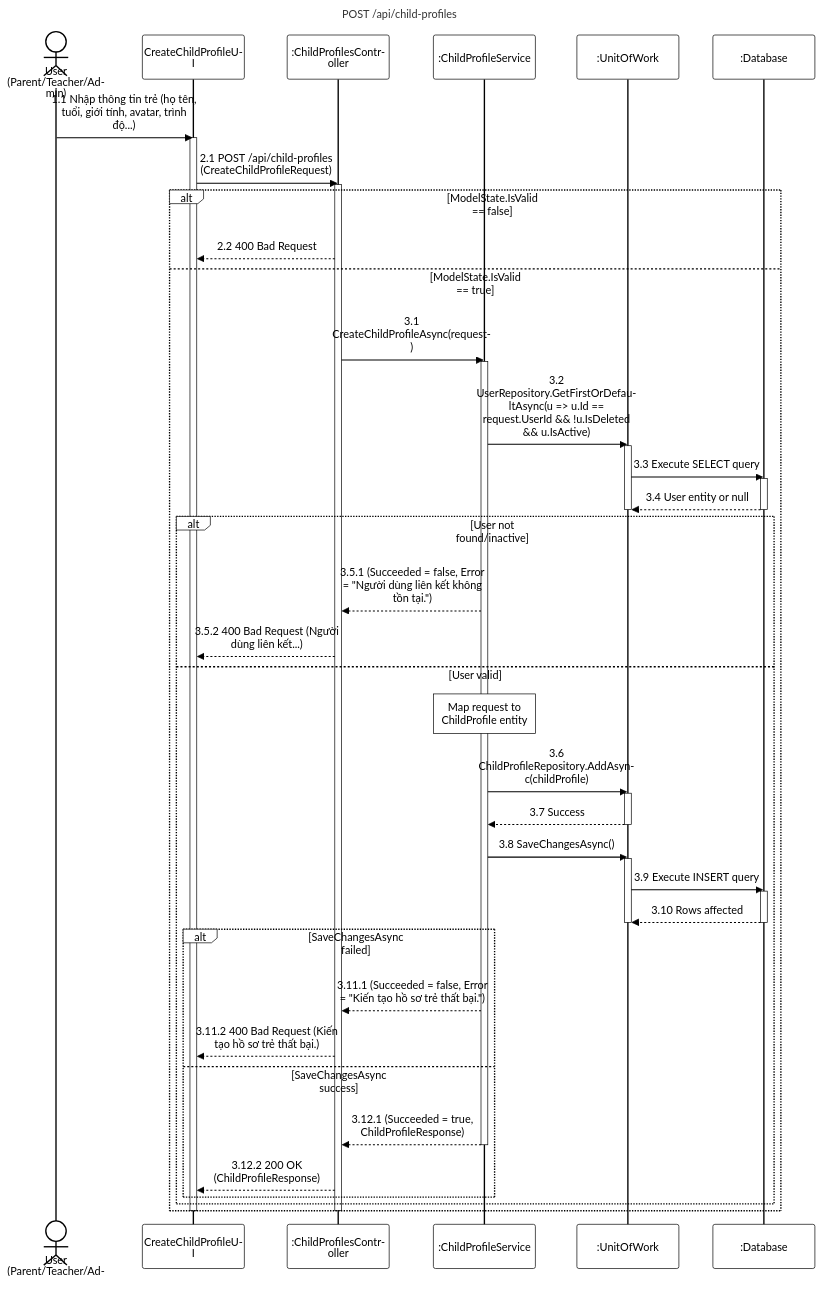
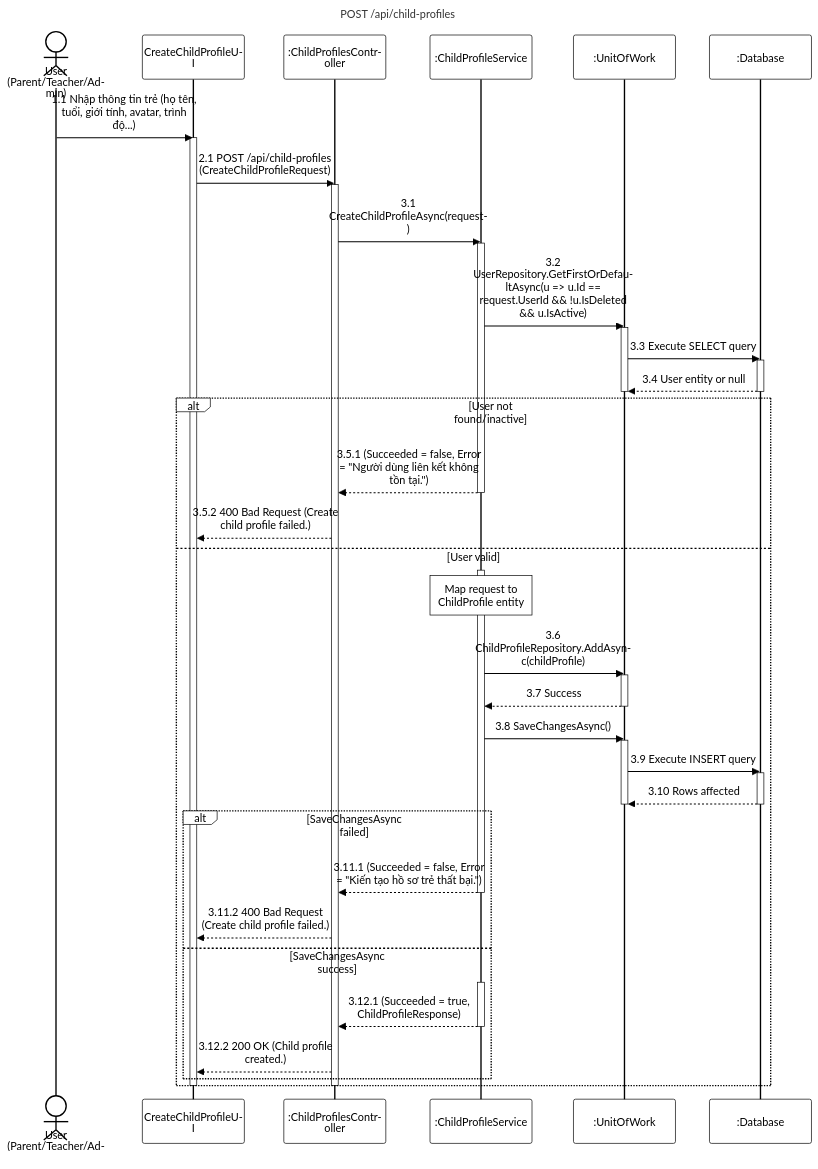
One commit to PhucAnDev/docx-diagram changed the diagram in 06-child-profile-enrollment/sequence-diagram/apis/create-child-profile.mmd. Above: the diagram before and after it, drawn with Mermaid. The commit also changed 5 other files, not shown here.

Commit message:
fix: update create-child-profile.mmd, update-child-profile.mmd, and get-my-children-profiles.mmd with correct actors, error messages, and activations

```diff
--- a/06-child-profile-enrollment/sequence-diagram/apis/create-child-profile.mmd
+++ b/06-child-profile-enrollment/sequence-diagram/apis/create-child-profile.mmd
@@ -1,60 +1,60 @@
 %%{init: {'theme':'base', 'themeVariables': {'actorBkg':'#ffffff','actorBorder':'#000000','actorTextColor':'#000000','actorLineColor':'#000000','signalColor':'#000000','signalTextColor':'#000000','labelBoxBkgColor':'#ffffff','labelBoxBorderColor':'#000000','labelTextColor':'#000000','loopTextColor':'#000000','noteBkgColor':'#ffffff','noteBorderColor':'#000000','noteTextColor':'#000000','activationBorderColor':'#000000','activationBkgColor':'#ffffff','sequenceNumberColor':'#000000'}, 'sequence': {'width':150,'height':65,'actorFontSize':16,'messageFontSize':16,'wrap':true,'wrapPadding':10}}}%%
 sequenceDiagram
     title POST /api/child-profiles
     actor User as User (Parent/Teacher/Admin)
     participant UI as CreateChildProfileUI
     participant Endpoint as :ChildProfilesController
     participant Service as :ChildProfileService
     participant DB as :UnitOfWork
     participant Database as :Database
 
     User->>UI: 1.1 Nhập thông tin trẻ (họ tên, tuổi, giới tính, avatar, trình độ...)
     activate UI
     UI->>Endpoint: 2.1 POST /api/child-profiles (CreateChildProfileRequest)
     activate Endpoint
 
-    alt ModelState.IsValid == false
-        Endpoint-->>UI: 2.2 400 Bad Request
-    else ModelState.IsValid == true
-        Endpoint->>Service: 3.1 CreateChildProfileAsync(request)
+    Endpoint->>Service: 3.1 CreateChildProfileAsync(request)
+    activate Service
+
+    Service->>DB: 3.2 UserRepository.GetFirstOrDefaultAsync(u => u.Id == request.UserId && !u.IsDeleted && u.IsActive)
+    activate DB
+    DB->>Database: 3.3 Execute SELECT query
+    activate Database
+    Database-->>DB: 3.4 User entity or null
+    deactivate Database
+    deactivate DB
+
+    alt User not found/inactive
+        Service-->>Endpoint: 3.5.1 (Succeeded = false, Error = "Người dùng liên kết không tồn tại.")
+        deactivate Service
+        Endpoint-->>UI: 3.5.2 400 Bad Request (Create child profile failed.)
+    else User valid
         activate Service
+        note over Service: Map request to ChildProfile entity
+        
+        Service->>DB: 3.6 ChildProfileRepository.AddAsync(childProfile)
+        activate DB
+        DB-->>Service: 3.7 Success
+        deactivate DB
 
-        Service->>DB: 3.2 UserRepository.GetFirstOrDefaultAsync(u => u.Id == request.UserId && !u.IsDeleted && u.IsActive)
+        Service->>DB: 3.8 SaveChangesAsync()
         activate DB
-        DB->>Database: 3.3 Execute SELECT query
+        DB->>Database: 3.9 Execute INSERT query
         activate Database
-        Database-->>DB: 3.4 User entity or null
+        Database-->>DB: 3.10 Rows affected
         deactivate Database
         deactivate DB
 
-        alt User not found/inactive
-            Service-->>Endpoint: 3.5.1 (Succeeded = false, Error = "Người dùng liên kết không tồn tại.")
-            Endpoint-->>UI: 3.5.2 400 Bad Request (Người dùng liên kết...)
-        else User valid
-            note over Service: Map request to ChildProfile entity
-            
-            Service->>DB: 3.6 ChildProfileRepository.AddAsync(childProfile)
-            activate DB
-            DB-->>Service: 3.7 Success
-            deactivate DB
-
-            Service->>DB: 3.8 SaveChangesAsync()
-            activate DB
-            DB->>Database: 3.9 Execute INSERT query
-            activate Database
-            Database-->>DB: 3.10 Rows affected
-            deactivate Database
-            deactivate DB
-
-            alt SaveChangesAsync failed
-                Service-->>Endpoint: 3.11.1 (Succeeded = false, Error = "Kiến tạo hồ sơ trẻ thất bại.")
-                Endpoint-->>UI: 3.11.2 400 Bad Request (Kiến tạo hồ sơ trẻ thất bại.)
-            else SaveChangesAsync success
-                Service-->>Endpoint: 3.12.1 (Succeeded = true, ChildProfileResponse)
-                deactivate Service
-                Endpoint-->>UI: 3.12.2 200 OK (ChildProfileResponse)
-            end
+        alt SaveChangesAsync failed
+            Service-->>Endpoint: 3.11.1 (Succeeded = false, Error = "Kiến tạo hồ sơ trẻ thất bại.")
+            deactivate Service
+            Endpoint-->>UI: 3.11.2 400 Bad Request (Create child profile failed.)
+        else SaveChangesAsync success
+            activate Service
+            Service-->>Endpoint: 3.12.1 (Succeeded = true, ChildProfileResponse)
+            deactivate Service
+            Endpoint-->>UI: 3.12.2 200 OK (Child profile created.)
         end
     end
     deactivate Endpoint
     deactivate UI
```
